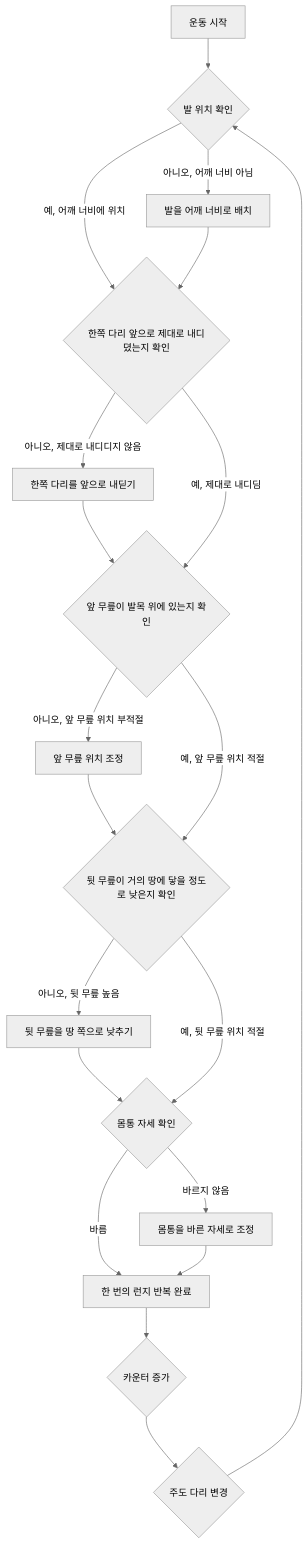
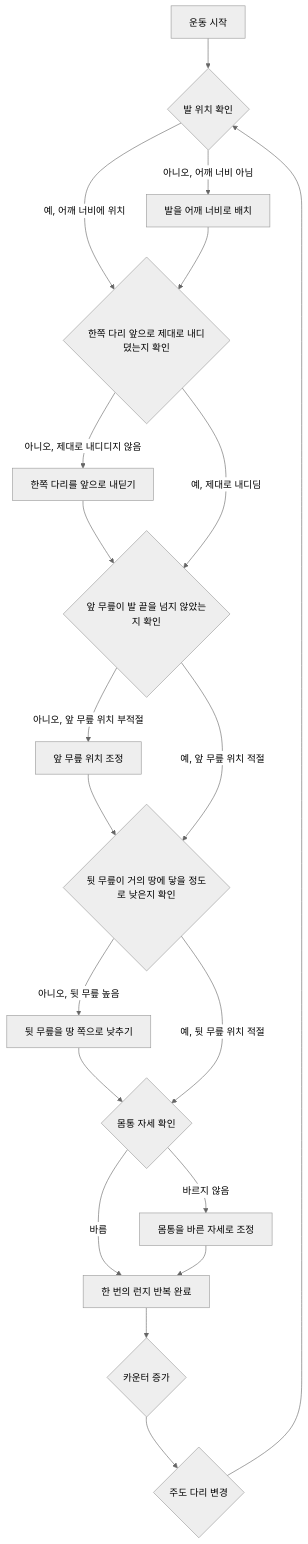
Before and after one commit to thzthix/grad: the second of 6 diagrams in README.md, drawn with Mermaid (neutral theme).

````diff
--- a/README.md
+++ b/README.md
@@ -21,22 +21,22 @@
 ```mermaid
 flowchart TD
     A[운동 시작] --> B{발 위치 확인}
     B -->|아니오, 어깨 너비 아님| I[발을 어깨 너비로 배치]
     B -->|예, 어깨 너비에 위치| C{한쪽 다리 앞으로 제대로 내디뎠는지 확인}
     I --> C
     C -->|아니오, 제대로 내디디지 않음| J[한쪽 다리를 앞으로 내딛기]
     J --> D
-    C -->|예, 제대로 내디딤| D{앞 무릎이 발목 위에 있는지 확인}
+    C -->|예, 제대로 내디딤| D{앞 무릎이 발 끝을 넘지 않았는지 확인}
     D -->|아니오, 앞 무릎 위치 부적절| K[앞 무릎 위치 조정]
     K --> E
     D -->|예, 앞 무릎 위치 적절| E{뒷 무릎이 거의 땅에 닿을 정도로 낮은지 확인}
     E -->|아니오, 뒷 무릎 높음| L[뒷 무릎을 땅 쪽으로 낮추기]
     L --> F
     E -->|예, 뒷 무릎 위치 적절| F{몸통 자세 확인}
     F -->|바르지 않음| M[몸통을 바른 자세로 조정]
     F -->|바름| G[한 번의 런지 반복 완료]
     M --> G
     G --> H{카운터 증가}
     H --> N{주도 다리 변경}
     N --> B
 ```
````
